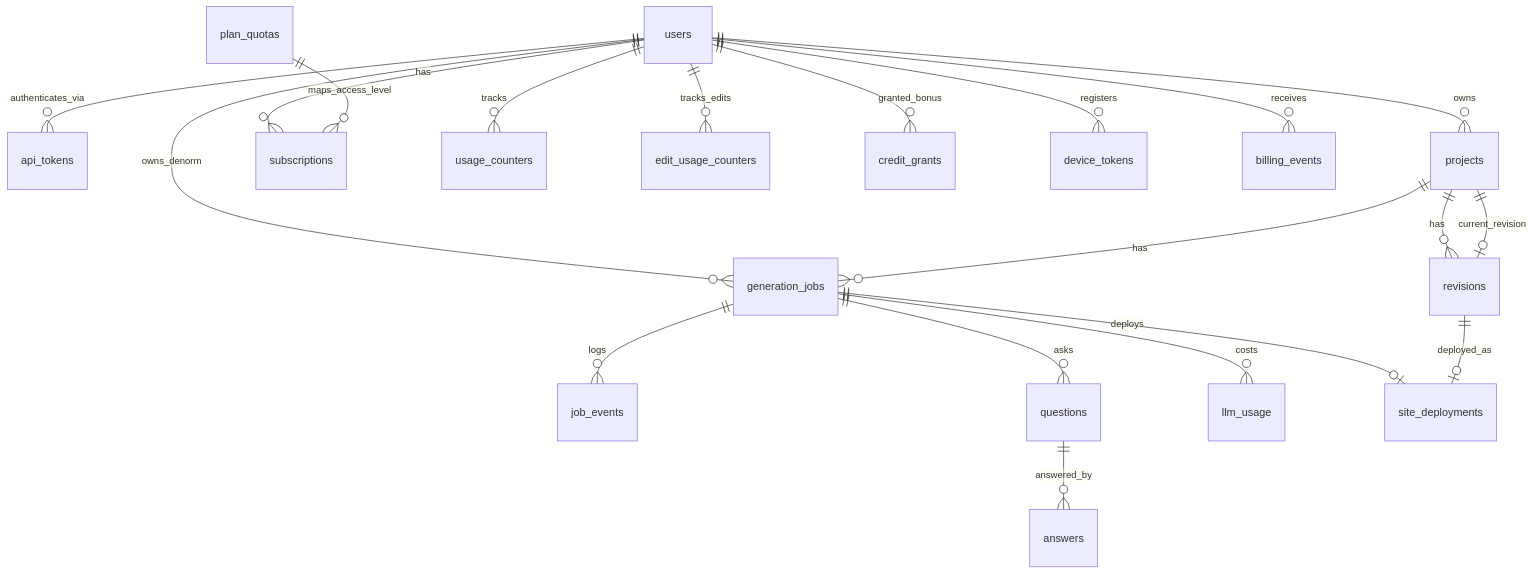
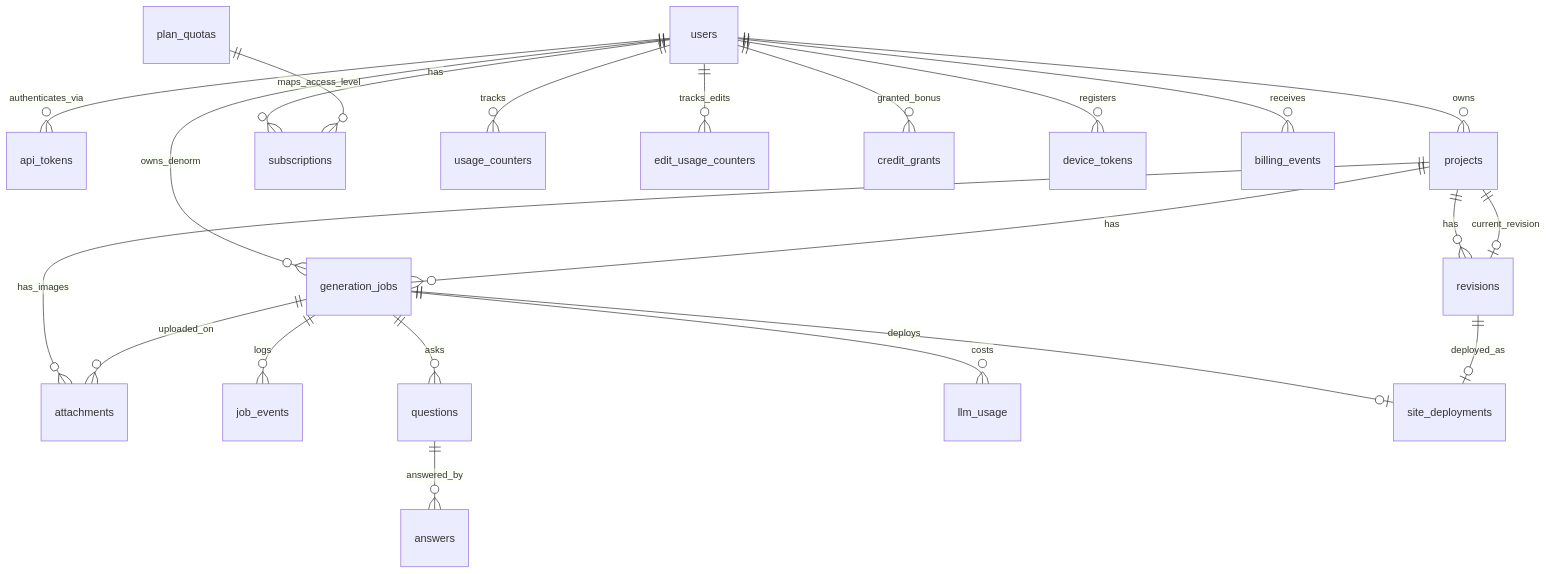
One commit to eliseiv/lovable-ai changed the diagram in docs/03-data-model.md. Above: the diagram before and after it, drawn with Mermaid. The commit also changed other lines of this file and 69 other files, not shown here.

````diff
--- a/docs/03-data-model.md
+++ b/docs/03-data-model.md
@@ -9,22 +9,24 @@
 ```mermaid
 erDiagram
     users ||--o{ api_tokens : authenticates_via
     users ||--o{ projects : owns
     users ||--o{ generation_jobs : owns_denorm
     users ||--o{ subscriptions : has
     users ||--o{ usage_counters : tracks
     users ||--o{ edit_usage_counters : tracks_edits
     users ||--o{ credit_grants : granted_bonus
     users ||--o{ device_tokens : registers
     users ||--o{ billing_events : receives
     projects ||--o{ generation_jobs : has
     projects ||--o{ revisions : has
+    projects ||--o{ attachments : has_images
     projects ||--o| revisions : current_revision
+    generation_jobs ||--o{ attachments : uploaded_on
     generation_jobs ||--o{ job_events : logs
     generation_jobs ||--o{ questions : asks
     questions ||--o{ answers : answered_by
     generation_jobs ||--o{ llm_usage : costs
     generation_jobs ||--o| site_deployments : deploys
     revisions ||--o| site_deployments : deployed_as
     plan_quotas ||--o{ subscriptions : maps_access_level
 ```
````
